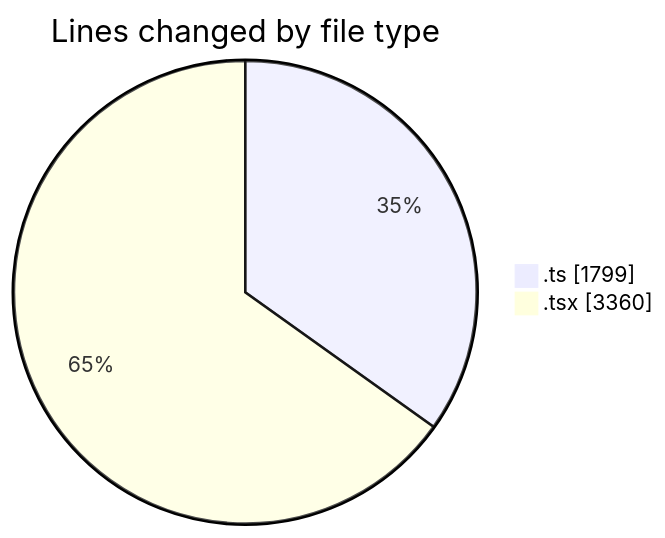
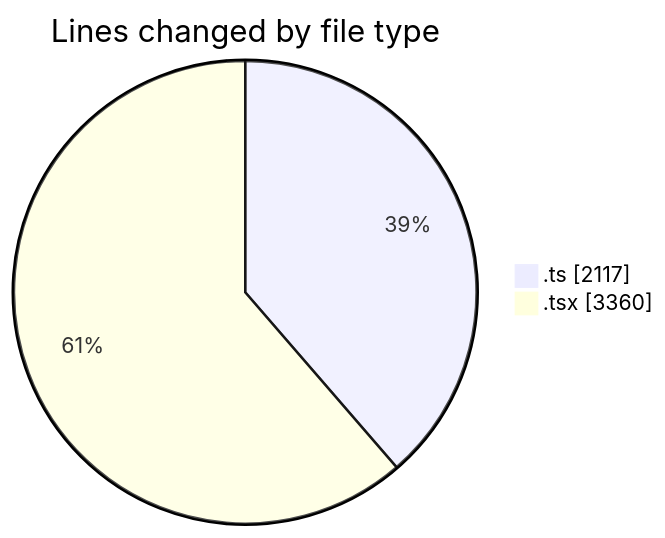
One commit to momahboobian/code-tracking changed the first of 2 diagrams in 2025-07-01/cda/README.md. Above: the diagram before and after it, drawn with Mermaid. The commit also changed other lines of this file and 1 other file, not shown here.

````diff
--- a/2025-07-01/cda/README.md
+++ b/2025-07-01/cda/README.md
@@ -34,6 +34,6 @@
 ```mermaid
 pie showData
 title Lines changed by file type
-".ts" : 1799
+".ts" : 2117
 ".tsx" : 3360
 ```
````
